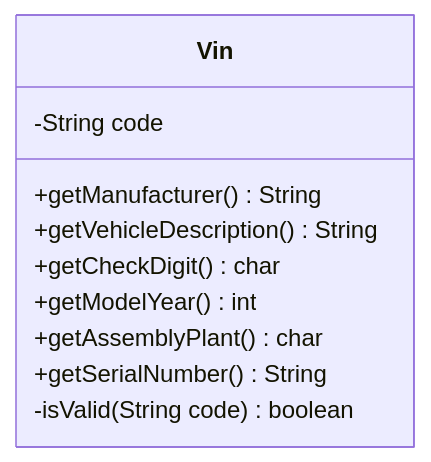
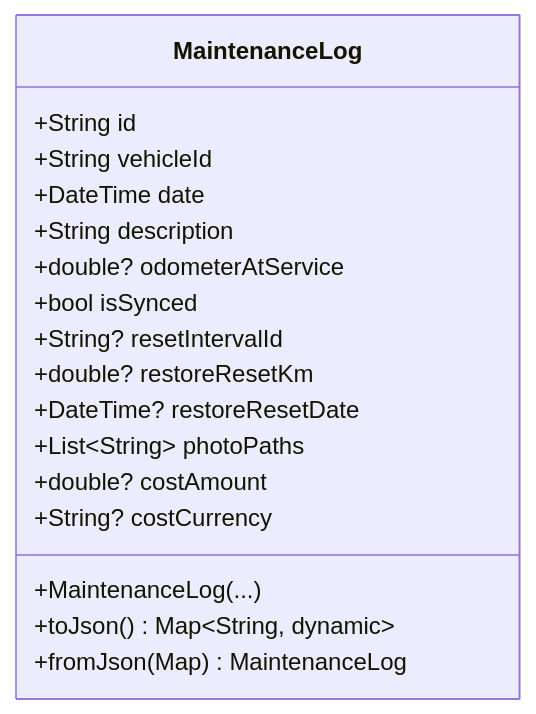
One commit to abrahdev/karter changed the fourth of 13 diagrams in docs/versioned_docs/version-2026.06.5-alpha/developer/mobile/app-architecture.md. Above: the diagram before and after it, drawn with Mermaid. The commit also changed other lines of this file and 4 other files, not shown here.

````diff
--- a/docs/versioned_docs/version-2026.06.5-alpha/developer/mobile/app-architecture.md
+++ b/docs/versioned_docs/version-2026.06.5-alpha/developer/mobile/app-architecture.md
@@ -199,13 +140,20 @@
- ```mermaid
- classDiagram
- class Vin {
-        -String code
-        +getManufacturer() String
-        +getVehicleDescription() String
-        +getCheckDigit() char
-        +getModelYear() int
-        +getAssemblyPlant() char
-        +getSerialNumber() String
-        -isValid(String code) boolean
+```mermaid
+classDiagram
+    class MaintenanceLog {
+        +String id
+        +String vehicleId
+        +DateTime date
+        +String description
+        +double? odometerAtService
+        +bool isSynced
+        +String? resetIntervalId
+        +double? restoreResetKm
+        +DateTime? restoreResetDate
+        +List~String~ photoPaths
+        +double? costAmount
+        +String? costCurrency
+        +MaintenanceLog(...)
+        +toJson() Map~String, dynamic~
+        +fromJson(Map) MaintenanceLog
     }
- ```
+```
````
